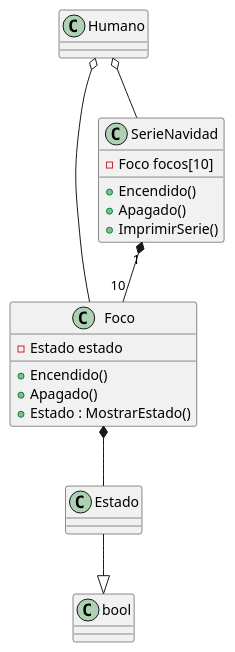
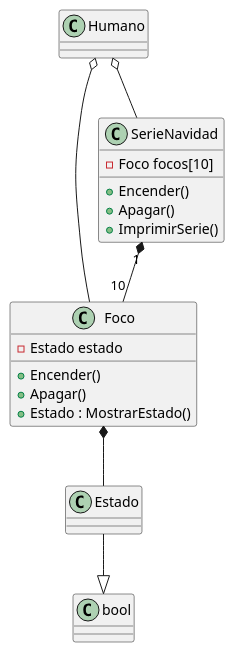
Before and after one commit to Emma1101Glez/3E252: the diagram in docs/iluminacion.puml, drawn with PlantUML. The commit also changed other lines of this file and 2 other files, not shown here.

```diff
--- a/docs/iluminacion.puml
+++ b/docs/iluminacion.puml
@@ -1,24 +1,24 @@
 @startuml
 Class Humano
 Class Estado
 class Foco{
     -Estado estado
-    +Encendido()
-    +Apagado()
+    +Encender()
+    +Apagar()
     +Estado : MostrarEstado()
 }
 
 Class SerieNavidad{
     - Foco focos[10]
-    +Encendido()
-    +Apagado()
+    +Encender()
+    +Apagar()
     +ImprimirSerie()
 }
 
 Humano o-- Foco
 Foco *-- Estado
 Estado --|> bool
+SerieNavidad "1" *-- "10" Foco 
 Humano o-- SerieNavidad
-SerieNavidad "1" *-- "10" Foco 
 
 @enduml
```
